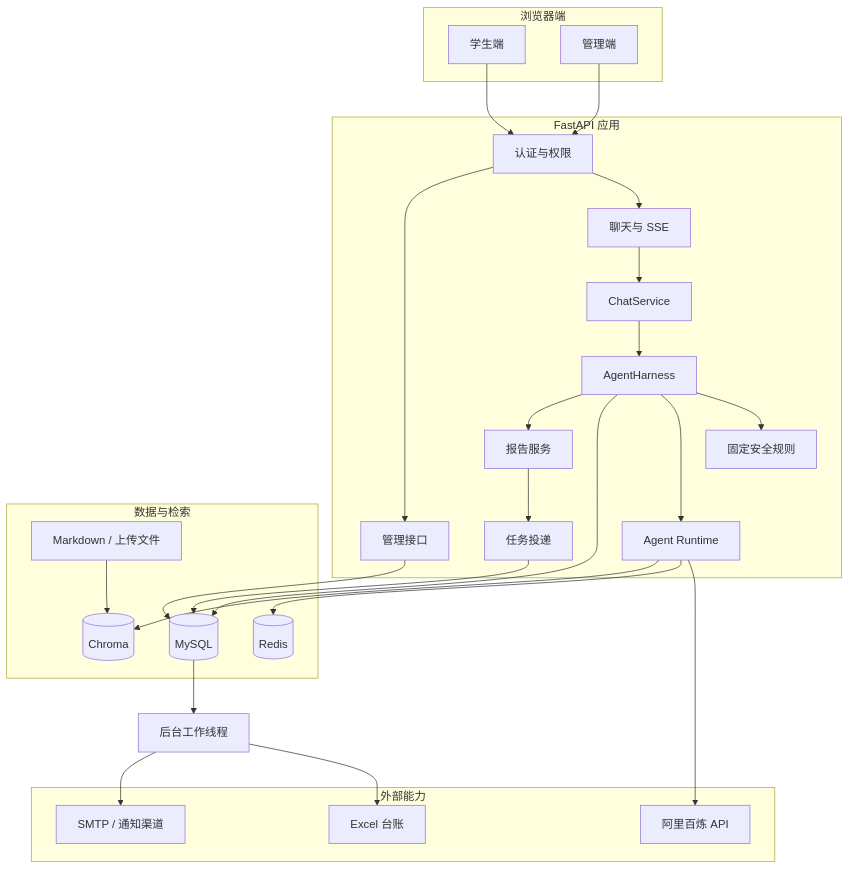
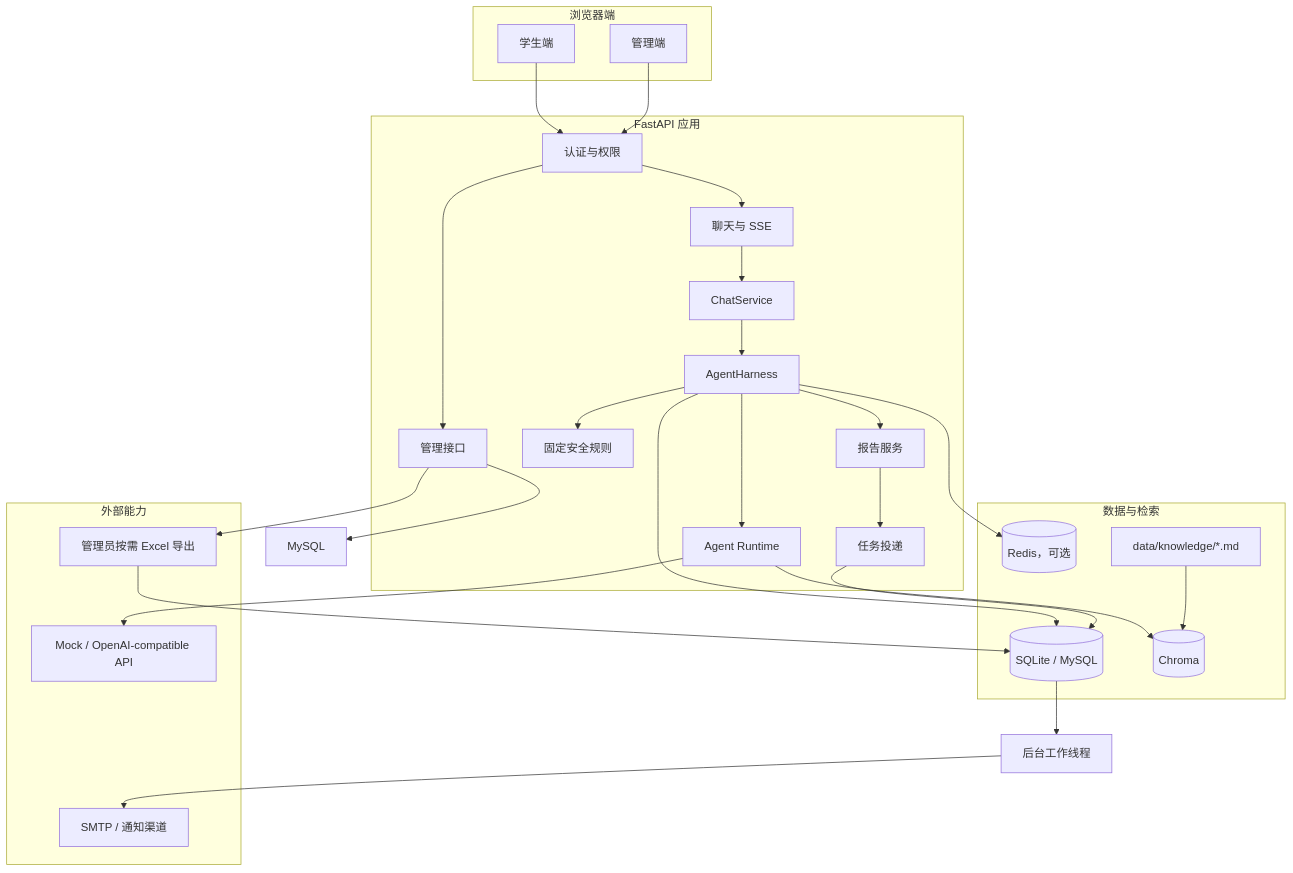
One commit to zlff003/MindNook changed the first of 4 diagrams in docs/IMPLEMENTATION_PLAN.md. Above: the diagram before and after it, drawn with Mermaid. The commit also changed other lines of this file and 29 other files, not shown here.

````diff
--- a/docs/IMPLEMENTATION_PLAN.md
+++ b/docs/IMPLEMENTATION_PLAN.md
@@ -77,53 +96,54 @@
 ```mermaid
 flowchart TB
     subgraph Client[浏览器端]
         S[学生端]
         A[管理端]
     end
 
     subgraph API[FastAPI 应用]
         Auth[认证与权限]
         Chat[聊天与 SSE]
         Admin[管理接口]
         Service[ChatService]
         Harness[AgentHarness]
         Rules[固定安全规则]
         Agents[Agent Runtime]
         Report[报告服务]
         JobAPI[任务投递]
     end
 
     subgraph Data[数据与检索]
-        MySQL[(MySQL)]
-        Redis[(Redis)]
+        DB[(SQLite / MySQL)]
+        Redis[(Redis，可选)]
         Chroma[(Chroma)]
-        Knowledge[Markdown / 上传文件]
+        Knowledge[data/knowledge/*.md]
     end
 
     subgraph External[外部能力]
-        Bailian[阿里百炼 API]
+        ModelProvider[Mock / OpenAI-compatible API]
         SMTP[SMTP / 通知渠道]
-        Excel[Excel 台账]
+        Export[管理员按需 Excel 导出]
     end
 
     S --> Auth
     A --> Auth
     Auth --> Chat
     Auth --> Admin
     Chat --> Service
     Service --> Harness
     Harness --> Rules
     Harness --> Agents
-    Agents --> Bailian
-    Agents --> Redis
+    Agents --> ModelProvider
     Agents --> Chroma
     Knowledge --> Chroma
-    Harness --> MySQL
+    Harness --> DB
+    Harness --> Redis
     Harness --> Report
     Report --> JobAPI
-    JobAPI --> MySQL
-    MySQL --> Worker[后台工作线程]
-    Worker --> Excel
+    JobAPI --> DB
+    DB --> Worker[后台工作线程]
     Worker --> SMTP
+    Admin --> Export
+    Export --> DB
     Admin --> MySQL
 ```
````
